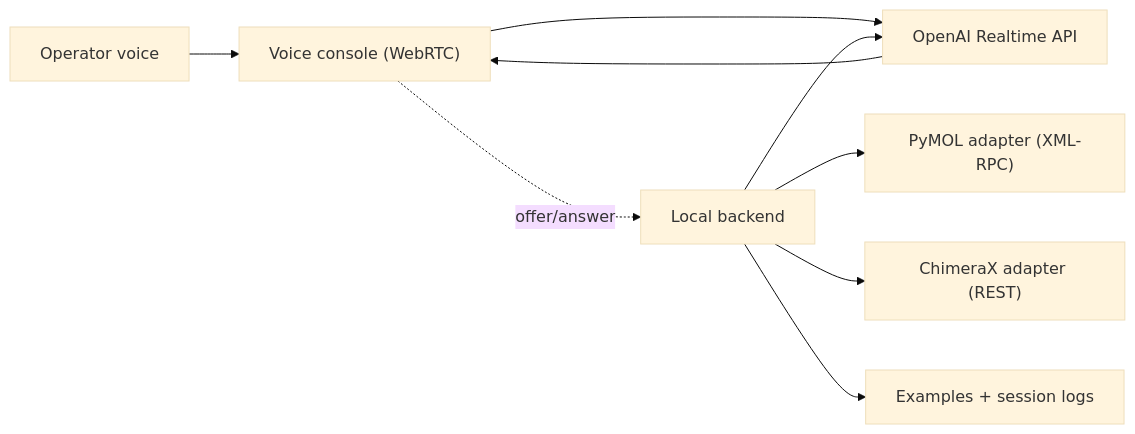
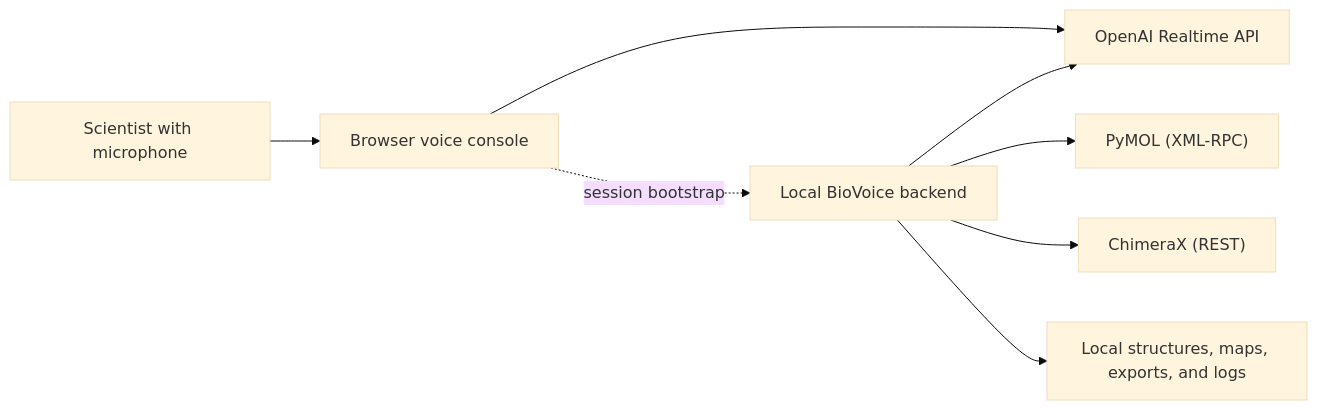
The diagram in README.md (jvogan/biovoice), drawn with Mermaid (base theme) before and after one commit. The commit also changed other lines of this file and 20 other files, not shown here.

````diff
--- a/README.md
+++ b/README.md
@@ -130,11 +132,10 @@
 ```mermaid
 flowchart LR
-  User["Operator voice"] --> Browser["Voice console (WebRTC)"]
+  User["Scientist with microphone"] --> Browser["Browser voice console"]
   Browser --> OpenAI["OpenAI Realtime API"]
-  OpenAI --> Browser
-  Browser -. offer/answer .-> Server["Local backend"]
+  Browser -. session bootstrap .-> Server["Local BioVoice backend"]
   Server --> OpenAI
-  Server --> PyMOL["PyMOL adapter (XML-RPC)"]
-  Server --> ChimeraX["ChimeraX adapter (REST)"]
-  Server --> Files["Examples + session logs"]
+  Server --> PyMOL["PyMOL (XML-RPC)"]
+  Server --> ChimeraX["ChimeraX (REST)"]
+  Server --> LocalFiles["Local structures, maps, exports, and logs"]
 ```
````
